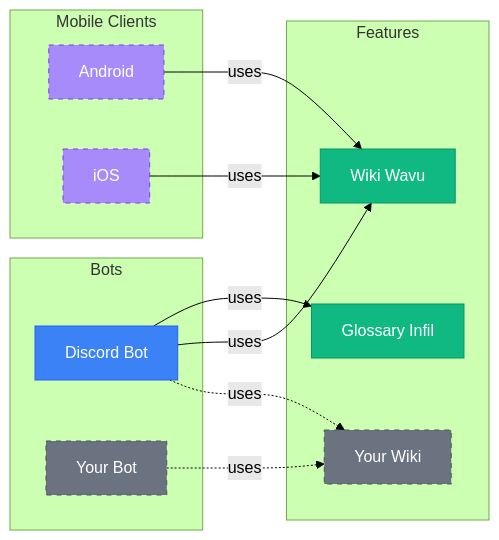
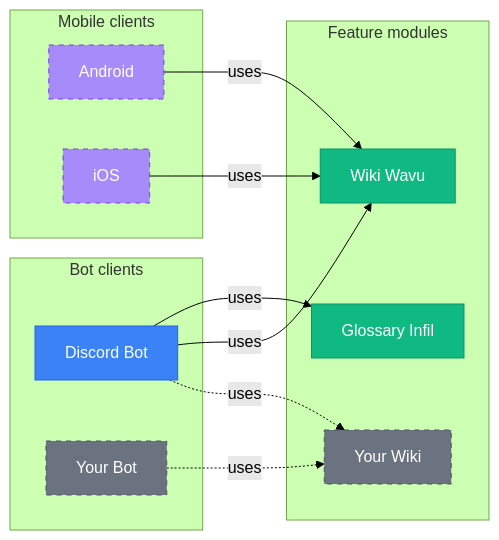
One commit to Sophon/FightingNerd changed the diagram in README.md. Above: the diagram before and after it, drawn with Mermaid (forest theme). The commit also changed other lines of this file, not shown here.

````diff
--- a/README.md
+++ b/README.md
@@ -5,36 +5,36 @@
 ```mermaid
 graph LR
-    subgraph Bots
+    subgraph "Bot clients"
         discordBot[Discord Bot]
         yourBot[Your Bot]
     end
     
-    subgraph "Mobile Clients"
+    subgraph "Mobile clients"
         android[Android]
         iOS[iOS]
     end
     
-    subgraph Features
+    subgraph "Feature modules"
         glossaryInfil[Glossary Infil]
         wikiWavu[Wiki Wavu]
         yourWiki[Your Wiki]
     end
     
     discordBot -->|uses| glossaryInfil
     discordBot -->|uses| wikiWavu
     discordBot -.->|uses| yourWiki
     
     yourBot -.->|uses| yourWiki
     
     android -->|uses| wikiWavu
     
     iOS -->|uses| wikiWavu
     
     style discordBot fill:#3B82F6,stroke:#2563EB,color:#fff
     style yourBot fill:#6B7280,stroke:#4B5563,color:#fff,stroke-dasharray: 5 5
     style android fill:#A78BFA,stroke:#7C3AED,color:#fff,stroke-dasharray: 5 5
     style iOS fill:#A78BFA,stroke:#7C3AED,color:#fff,stroke-dasharray: 5 5
     style glossaryInfil fill:#10B981,stroke:#059669,color:#fff
     style wikiWavu fill:#10B981,stroke:#059669,color:#fff
     style yourWiki fill:#6B7280,stroke:#4B5563,color:#fff,stroke-dasharray: 5 5
 ```
````
